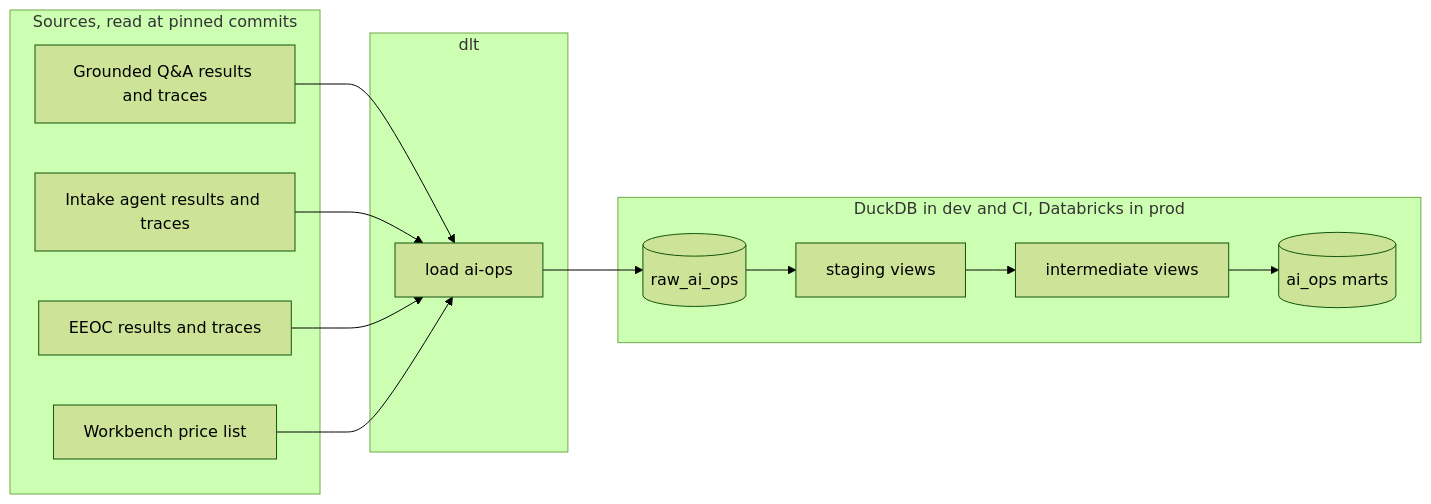
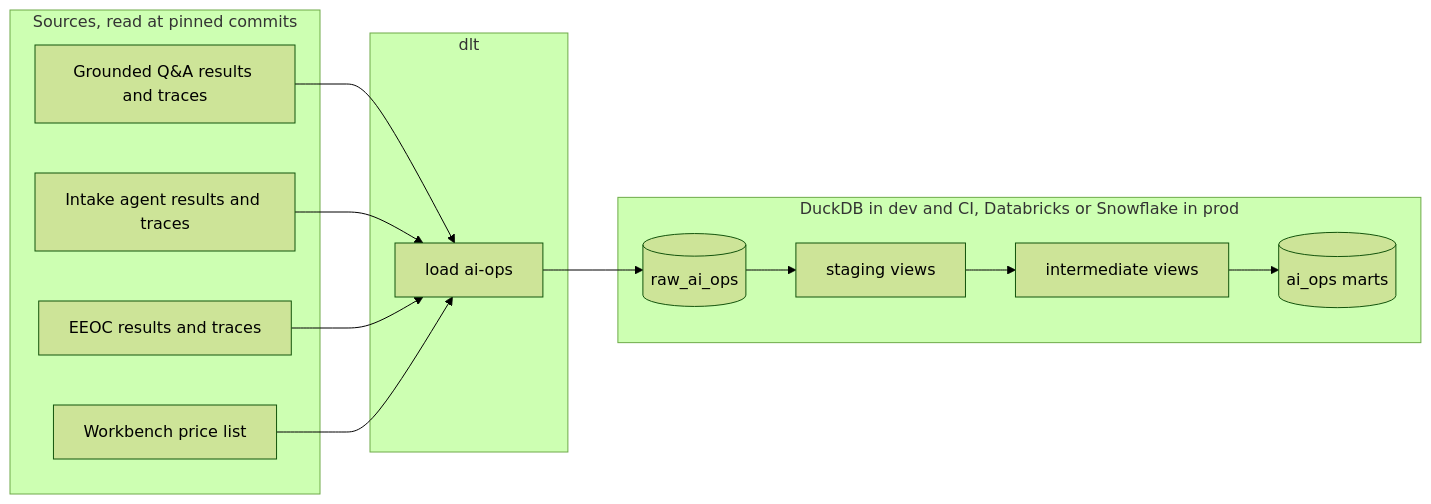
Before and after one commit to iamkevinstreet/ai-operations: the diagram in README.md, drawn with Mermaid (forest theme). The commit also changed other lines of this file and 12 other files, not shown here.

````diff
--- a/README.md
+++ b/README.md
@@ -60,20 +62,20 @@
 ```mermaid
 flowchart LR
     subgraph sources [Sources, read at pinned commits]
         G[Grounded Q&A results and traces]
         I[Intake agent results and traces]
         E[EEOC results and traces]
         P[Workbench price list]
     end
     subgraph load [dlt]
         L1[load ai-ops]
     end
-    subgraph warehouse [DuckDB in dev and CI, Databricks in prod]
+    subgraph warehouse [DuckDB in dev and CI, Databricks or Snowflake in prod]
         R[(raw_ai_ops)]
         S[staging views]
         N[intermediate views]
         M[(ai_ops marts)]
     end
     G & I & E & P --> L1 --> R
     R --> S --> N --> M
 ```
````
